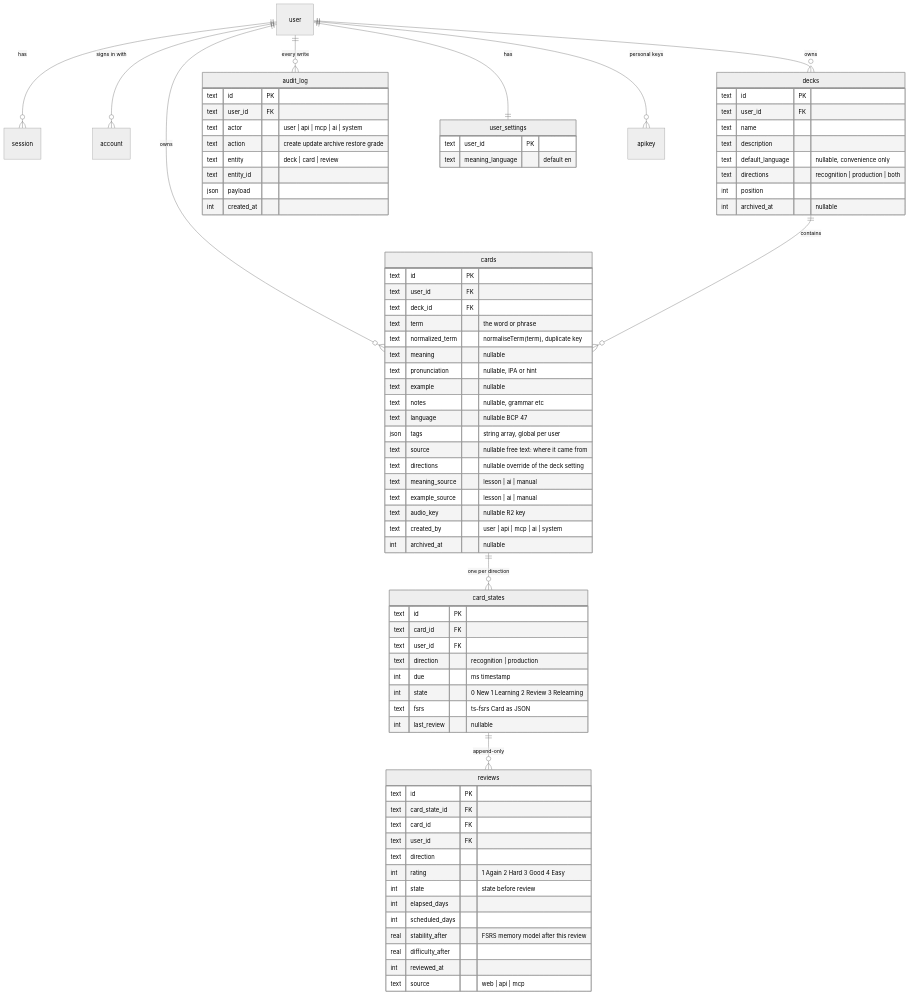
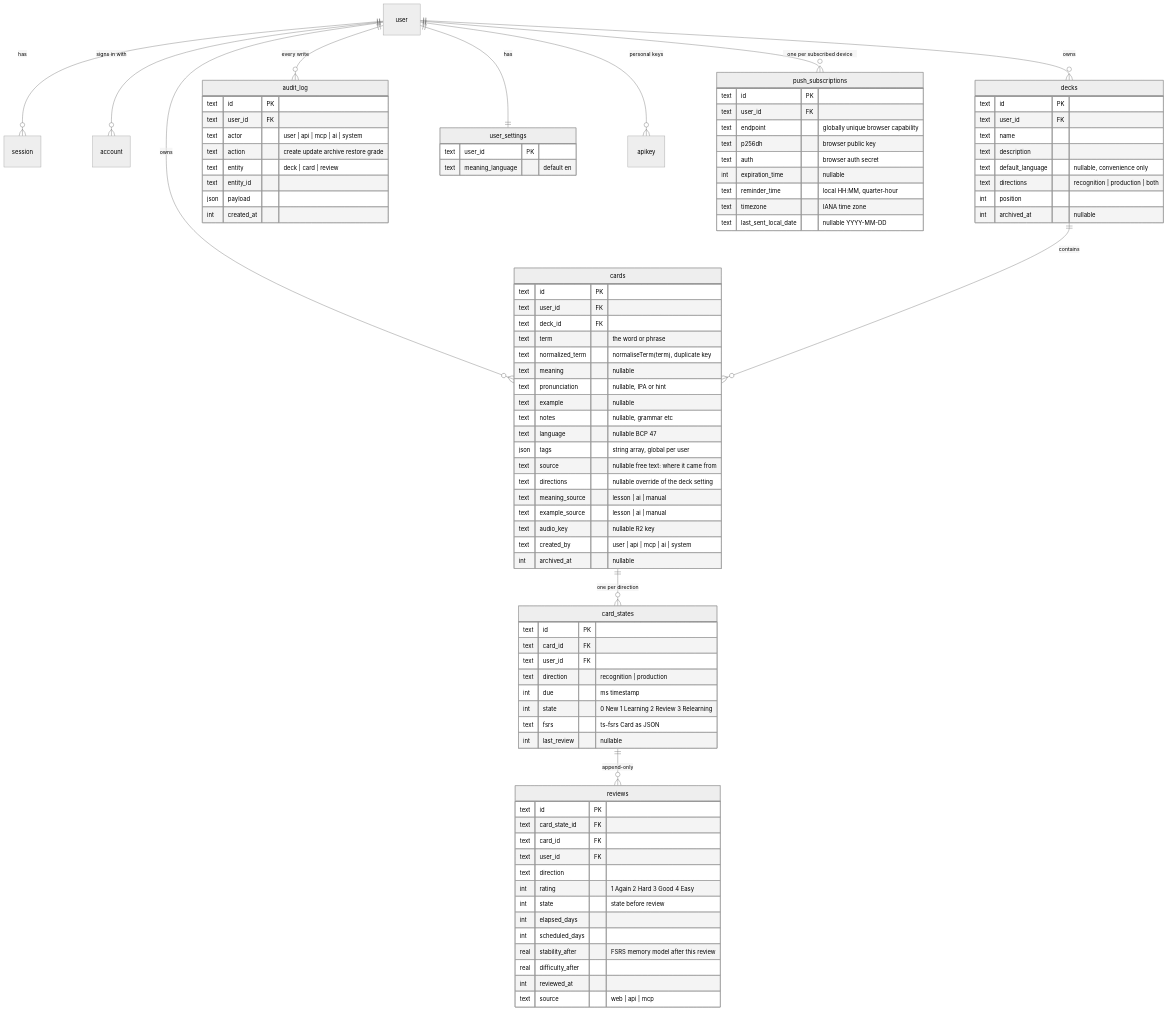
One commit to krambertech/lymi changed the diagram in docs/data-model.md. Above: the diagram before and after it, drawn with Mermaid (neutral theme). The commit also changed other lines of this file and 32 other files, not shown here.

````diff
--- a/docs/data-model.md
+++ b/docs/data-model.md
@@ -16,6 +16,7 @@
   user ||--o{ audit_log : "every write"
   user ||--|| user_settings : has
   user ||--o{ apikey : "personal keys"
+  user ||--o{ push_subscriptions : "one per subscribed device"
 
   decks {
     text id PK
@@ -86,4 +87,15 @@
     json payload
     int created_at
   }
+  push_subscriptions {
+    text id PK
+    text user_id FK
+    text endpoint "globally unique browser capability"
+    text p256dh "browser public key"
+    text auth "browser auth secret"
+    int expiration_time "nullable"
+    text reminder_time "local HH:MM, quarter-hour"
+    text timezone "IANA time zone"
+    text last_sent_local_date "nullable YYYY-MM-DD"
+  }
 ```
````
